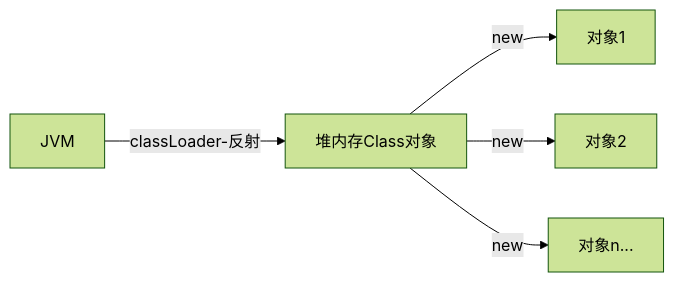
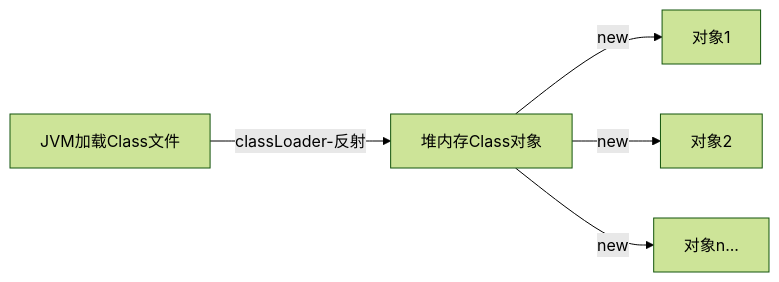
The fifth of 5 diagrams in docs/md/Java.md (shenxingchao/sxc-doc), drawn with Mermaid (forest theme) before and after one commit. The commit also changed other lines of this file and 1 other file, not shown here.

````diff
--- a/docs/md/Java.md
+++ b/docs/md/Java.md
@@ -3607,7 +3611,7 @@
 ```mermaid
 graph LR;
-    JVM --classLoader-反射-->堆内存Class对象
+    JVM加载Class文件 --classLoader-反射-->堆内存Class对象
     堆内存Class对象 --new-->对象1
     堆内存Class对象 --new-->对象2
     堆内存Class对象 --new-->对象n...
 ```
````
